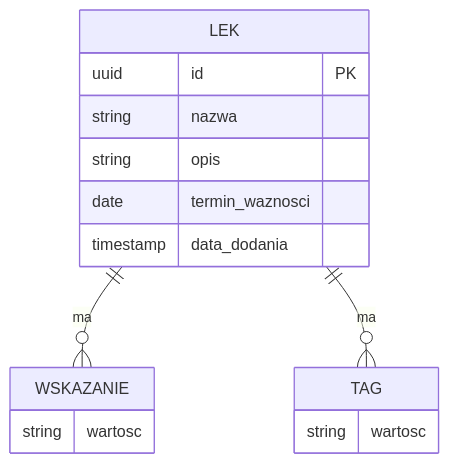
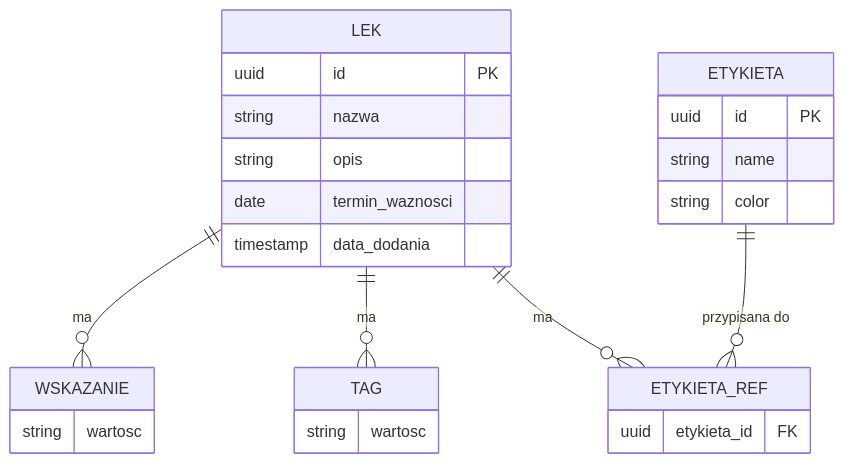
One commit to Rzempal/APPteczka changed the diagram in docs/data_model.md. Above: the diagram before and after it, drawn with Mermaid. The commit also changed other lines of this file and 9 other files, not shown here.

````diff
--- a/docs/data_model.md
+++ b/docs/data_model.md
@@ -9,21 +9,34 @@
 ```mermaid
 erDiagram
     LEK {
         uuid id PK
         string nazwa
         string opis
         date termin_waznosci
         timestamp data_dodania
     }
     
     LEK ||--o{ WSKAZANIE : ma
     LEK ||--o{ TAG : ma
+    LEK ||--o{ ETYKIETA_REF : ma
     
     WSKAZANIE {
         string wartosc
     }
     
     TAG {
         string wartosc
     }
+    
+    ETYKIETA {
+        uuid id PK
+        string name
+        string color
+    }
+    
+    ETYKIETA_REF {
+        uuid etykieta_id FK
+    }
+    
+    ETYKIETA ||--o{ ETYKIETA_REF : "przypisana do"
 ```
````
